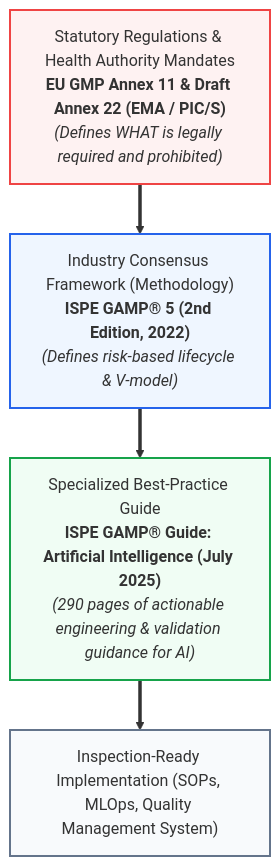
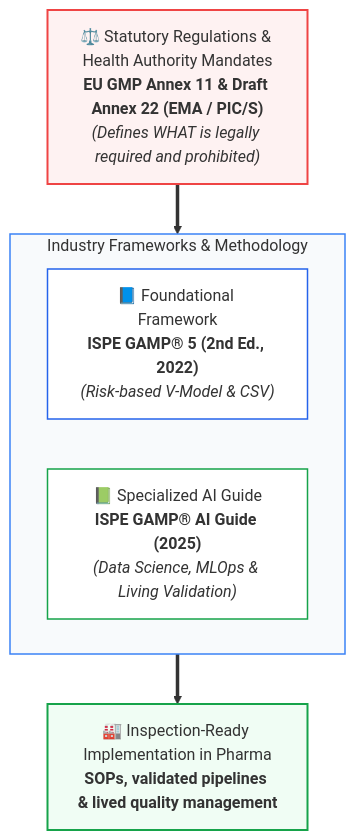
One commit to Lunaman06/Annex22 changed the first of 3 diagrams in docs/en/appendix_ispe_gamp_ai_best_practices.md. Above: the diagram before and after it, drawn with Mermaid. The commit also changed other lines of this file and 29 other files, not shown here.

Commit message:
style(docs): optimize mermaid diagram aspect ratios, edge flows and legibility across all DE and EN modules

````diff
--- a/docs/en/appendix_ispe_gamp_ai_best_practices.md
+++ b/docs/en/appendix_ispe_gamp_ai_best_practices.md
@@ -21,15 +21,21 @@
 ```mermaid
-graph TD
-    A["Statutory Regulations & Health Authority Mandates<br/><b>EU GMP Annex 11 & Draft Annex 22 (EMA / PIC/S)</b><br/><i>(Defines WHAT is legally required and prohibited)</i>"]
-    B["Industry Consensus Framework (Methodology)<br/><b>ISPE GAMP® 5 (2nd Edition, 2022)</b><br/><i>(Defines risk-based lifecycle & V-model)</i>"]
-    C["Specialized Best-Practice Guide<br/><b>ISPE GAMP® Guide: Artificial Intelligence (July 2025)</b><br/><i>(290 pages of actionable engineering & validation guidance for AI)</i>"]
+flowchart TD
+    A["⚖️ Statutory Regulations & Health Authority Mandates<br/><b>EU GMP Annex 11 & Draft Annex 22 (EMA / PIC/S)</b><br/><i>(Defines WHAT is legally required and prohibited)</i>"]
 
-    A ==> B
-    B ==> C
-    C ==> D["Inspection-Ready Implementation (SOPs, MLOps, Quality Management System)"]
+    subgraph Frameworks["Industry Frameworks & Methodology"]
+        direction LR
+        B["📘 Foundational Framework<br/><b>ISPE GAMP® 5 (2nd Ed., 2022)</b><br/><i>(Risk-based V-Model & CSV)</i>"]
+        C["📗 Specialized AI Guide<br/><b>ISPE GAMP® AI Guide (2025)</b><br/><i>(Data Science, MLOps & Living Validation)</i>"]
+    end
+
+    D["🏭 Inspection-Ready Implementation in Pharma<br/><b>SOPs, validated pipelines & lived quality management</b>"]
+
+    A ==> Frameworks
+    Frameworks ==> D
 
     style A fill:#fef2f2,stroke:#ef4444,stroke-width:2px
-    style B fill:#eff6ff,stroke:#2563eb,stroke-width:2px
-    style C fill:#f0fdf4,stroke:#16a34a,stroke-width:2px
-    style D fill:#f8fafc,stroke:#64748b,stroke-width:2px
+    style Frameworks fill:#f8fafc,stroke:#3b82f6,stroke-width:1.5px
+    style B fill:#ffffff,stroke:#2563eb,stroke-width:1.5px
+    style C fill:#ffffff,stroke:#16a34a,stroke-width:1.5px
+    style D fill:#f0fdf4,stroke:#16a34a,stroke-width:2px
 ```
````
